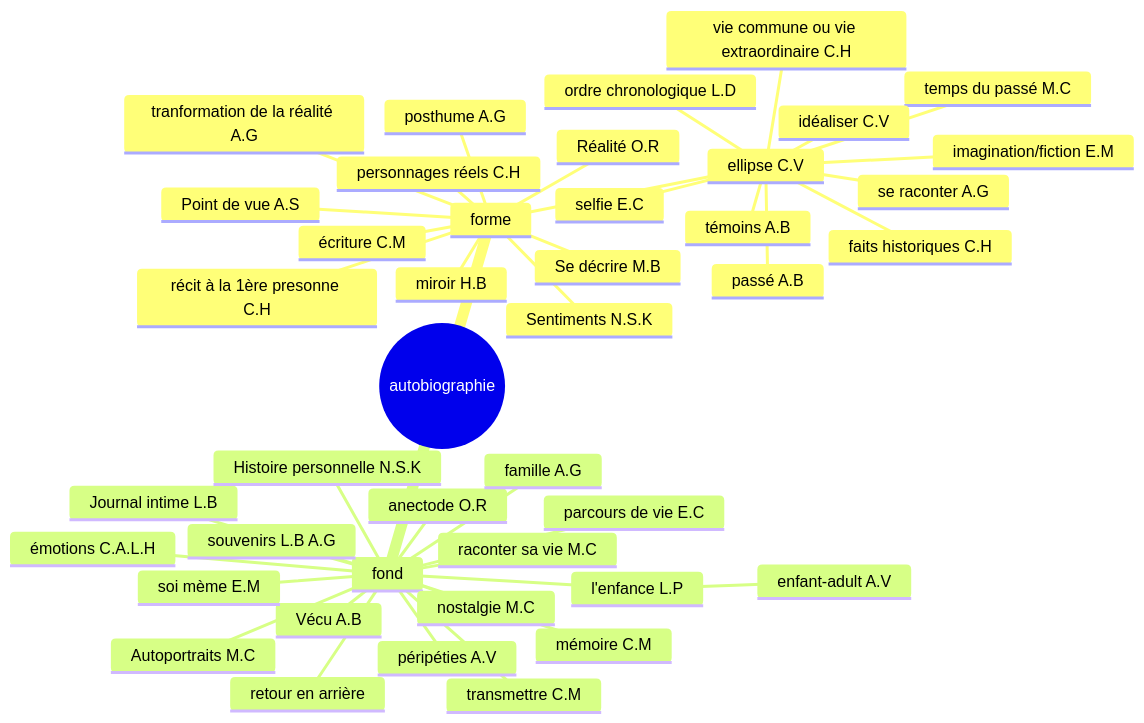
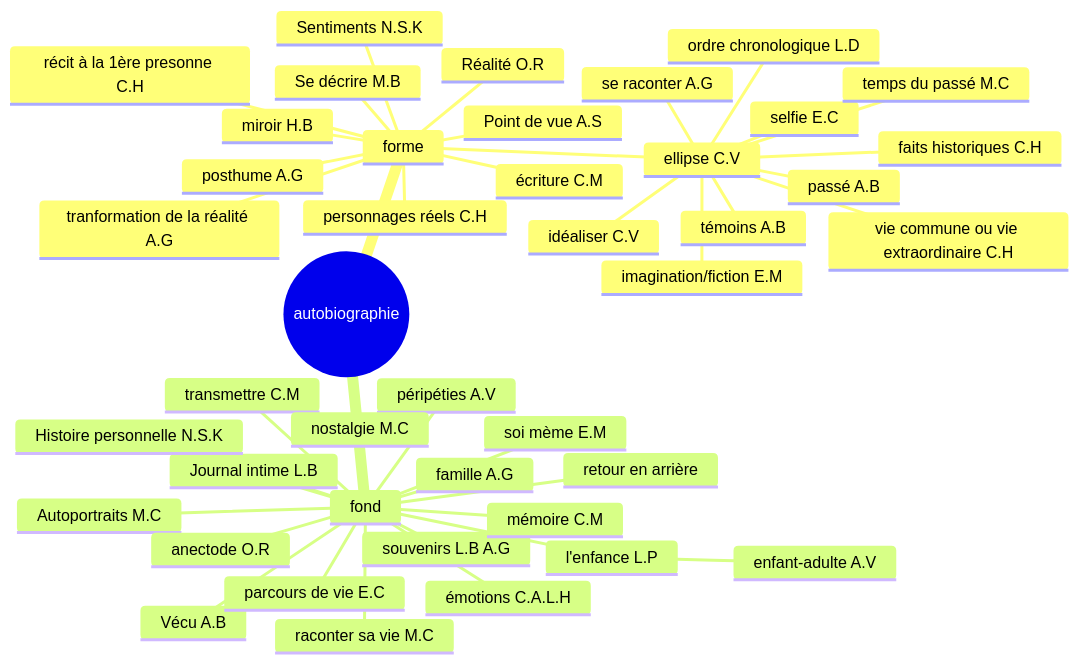
One commit to Labfox/Cours changed the second of 3 diagrams in docs/french/sequency2/main.md. Above: the diagram before and after it, drawn with Mermaid. The commit also changed other lines of this file and 2 other files, not shown here.

````diff
--- a/docs/french/sequency2/main.md
+++ b/docs/french/sequency2/main.md
@@ -117,45 +117,45 @@
 ```mermaid
 mindmap
 	root ((autobiographie))
 	    forme
 	        tranformation de la réalité A.G
 	        Sentiments N.S.K
 	        personnages réels C.H
 	        posthume A.G
 	        Point de vue A.S
 	        Se décrire M.B
 	        écriture C.M
 	        Réalité O.R
 	        miroir H.B
 	        récit à la 1ère presonne C.H
 	        ellipse C.V
             passé A.B
             se raconter A.G
             imagination/fiction E.M
             faits historiques C.H
             selfie E.C
             temps du passé M.C
             vie commune ou vie extraordinaire C.H
             idéaliser C.V
             ordre chronologique L.D
             témoins A.B
      fond
             Journal intime L.B
             Vécu A.B
             Histoire personnelle N.S.K
             émotions C.A.L.H
             parcours de vie E.C
             Autoportraits M.C
             souvenirs L.B A.G
             anectode O.R
             raconter sa vie M.C
             soi mème E.M
             l'enfance L.P
-                enfant-adult A.V
+                enfant-adulte A.V
             transmettre C.M
             famille A.G
             péripéties A.V
             mémoire C.M
             nostalgie M.C
             retour en arrière
 ```
````
